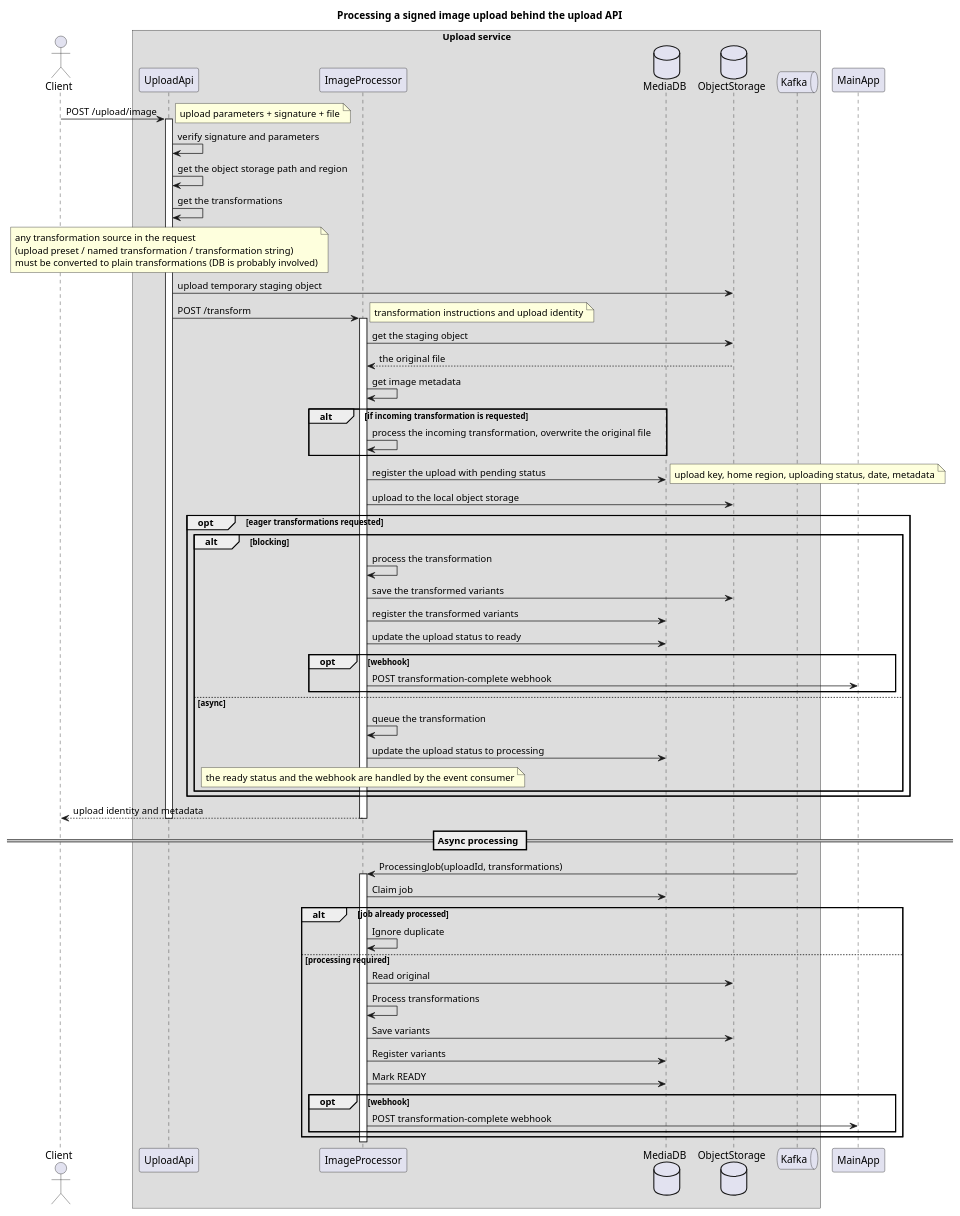
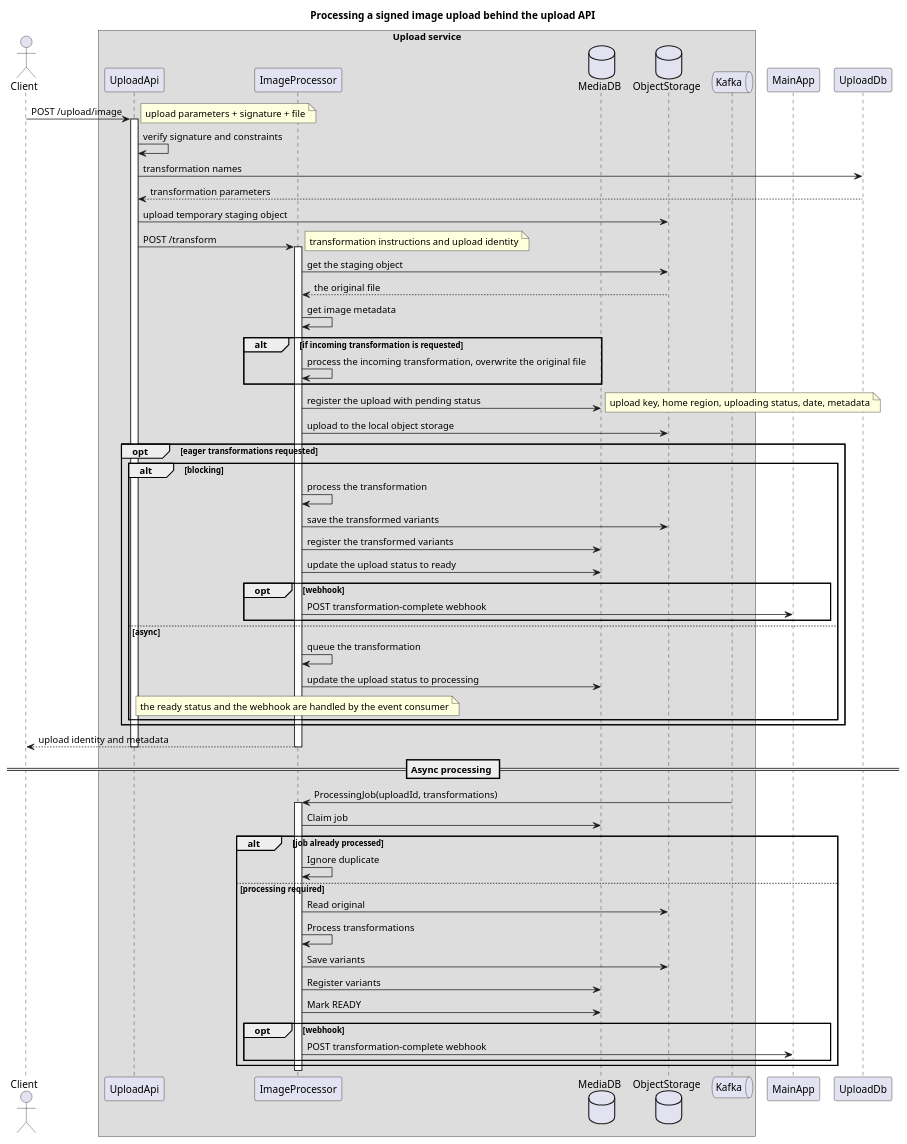
One commit to peter-peter-22/java-social-app changed the diagram in java/planning/media/process_upload_v2.puml. Above: the diagram before and after it, drawn with PlantUML. The commit also changed 85 other files, not shown here.

```diff
--- a/java/planning/media/process_upload_v2.puml
+++ b/java/planning/media/process_upload_v2.puml
@@ -1,97 +1,92 @@
 @startuml
 
 title Processing a signed image upload behind the upload API
 
 skinparam BoxPadding 5
 skinparam ParticipantPadding 5
 
 actor Client
 
 box Upload service
     participant UploadApi
     participant ImageProcessor
     database MediaDB
     database ObjectStorage
     queue Kafka
 endbox
 
 participant MainApp
 
 
 
 Client->UploadApi: POST /upload/image
 note right: upload parameters + signature + file
 
 activate UploadApi
 
-    UploadApi->UploadApi: verify signature and parameters
-    UploadApi->UploadApi: get the object storage path and region
-    UploadApi->UploadApi: get the transformations
-    note over UploadApi
-        any transformation source in the request
-        (upload preset / named transformation / transformation string)
-        must be converted to plain transformations (DB is probably involved)
-    end note
+    UploadApi->UploadApi: verify signature and constraints
+    UploadApi->UploadDb:  transformation names
+    UploadDb-->UploadApi: transformation parameters
     UploadApi->ObjectStorage: upload temporary staging object
     UploadApi->ImageProcessor: POST /transform
     note right: transformation instructions and upload identity
 
     activate ImageProcessor
         ImageProcessor->ObjectStorage: get the staging object
         ObjectStorage-->ImageProcessor: the original file
         ImageProcessor->ImageProcessor: get image metadata
 
         alt if incoming transformation is requested
             ImageProcessor->ImageProcessor: process the incoming transformation, overwrite the original file
         end
 
         ImageProcessor->MediaDB: register the upload with pending status
         note right: upload key, home region, uploading status, date, metadata
         ImageProcessor->ObjectStorage: upload to the local object storage
 
         opt eager transformations requested
             alt blocking
                 ImageProcessor->ImageProcessor: process the transformation
                 ImageProcessor->ObjectStorage: save the transformed variants
                 ImageProcessor->MediaDB: register the transformed variants
                 ImageProcessor->MediaDB: update the upload status to ready
                 opt webhook
                     ImageProcessor -> MainApp: POST transformation-complete webhook
                 end
             else async
                 ImageProcessor->ImageProcessor: queue the transformation
                 ImageProcessor->MediaDB: update the upload status to processing
                 note over ImageProcessor: the ready status and the webhook are handled by the event consumer
             end
         end
 
         ImageProcessor-->Client: upload identity and metadata
     deactivate ImageProcessor
 deactivate UploadApi
 
 
 == Async processing ==
 
 Kafka -> ImageProcessor: ProcessingJob(uploadId, transformations)
 
 activate ImageProcessor
 
 ImageProcessor -> MediaDB: Claim job
 
 alt job already processed
     ImageProcessor -> ImageProcessor: Ignore duplicate
 else processing required
     ImageProcessor -> ObjectStorage: Read original
     ImageProcessor -> ImageProcessor: Process transformations
     ImageProcessor -> ObjectStorage: Save variants
     ImageProcessor -> MediaDB: Register variants
     ImageProcessor -> MediaDB: Mark READY
 
     opt webhook
         ImageProcessor -> MainApp: POST transformation-complete webhook
     end
 end
 
 deactivate ImageProcessor
 
 @enduml
```
